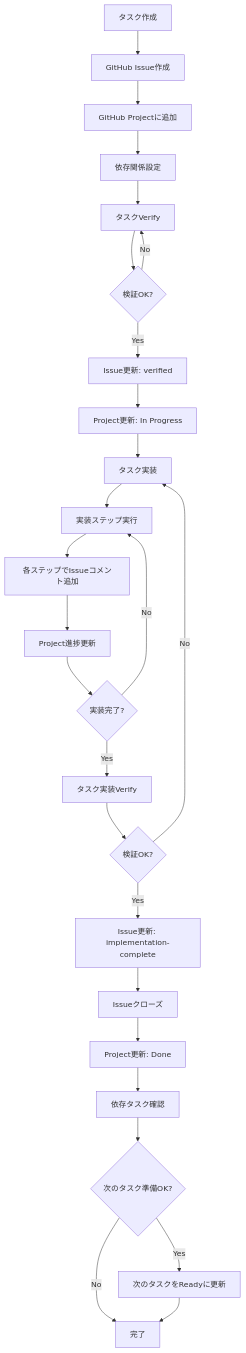
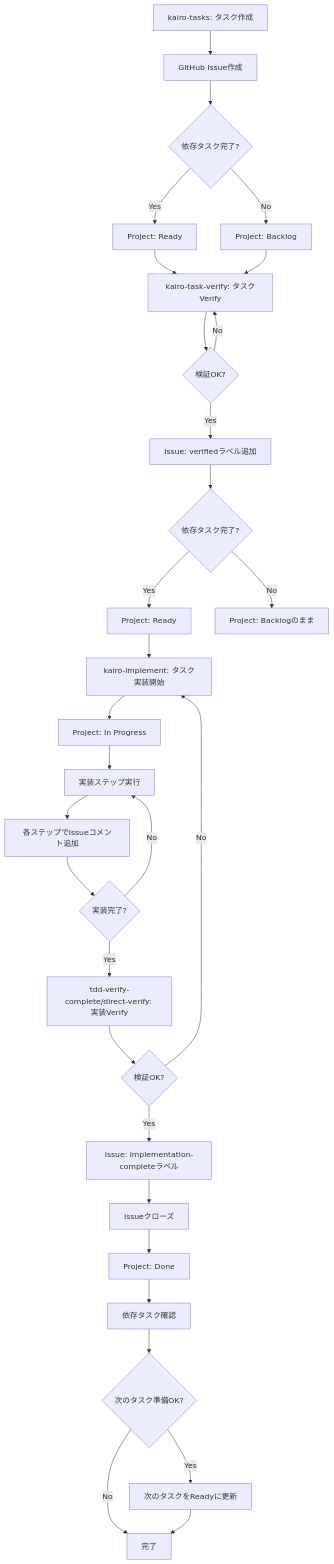
The diagram in docs/rule/github-integration-workflow.md (yaguma/atelier_resource_management), drawn with Mermaid before and after one commit. The commit also changed other lines of this file and 6 other files, not shown here.

First line of the commit message:
feat: GitHub Issue/Project連携をSubAgentに分離

````diff
--- a/docs/rule/github-integration-workflow.md
+++ b/docs/rule/github-integration-workflow.md
@@ -304,31 +442,35 @@
 ```mermaid
 flowchart TD
-    A[タスク作成] --> B[GitHub Issue作成]
-    B --> C[GitHub Projectに追加]
-    C --> D[依存関係設定]
+    A[kairo-tasks: タスク作成] --> B[GitHub Issue作成]
+    B --> C{依存タスク完了?}
+    C -->|Yes| D[Project: Ready]
+    C -->|No| E[Project: Backlog]
+    D --> F[kairo-task-verify: タスクVerify]
+    E --> F
     
-    D --> E[タスクVerify]
-    E --> F{検証OK?}
-    F -->|No| E
-    F -->|Yes| G[Issue更新: verified]
-    G --> H[Project更新: In Progress]
+    F --> G{検証OK?}
+    G -->|No| F
+    G -->|Yes| H[Issue: verifiedラベル追加]
+    H --> I{依存タスク完了?}
+    I -->|Yes| J[Project: Ready]
+    I -->|No| K[Project: Backlogのまま]
     
-    H --> I[タスク実装]
-    I --> J[実装ステップ実行]
-    J --> K[各ステップでIssueコメント追加]
-    K --> L[Project進捗更新]
-    L --> M{実装完了?}
-    M -->|No| J
-    M -->|Yes| N[タスク実装Verify]
+    J --> L[kairo-implement: タスク実装開始]
+    L --> M[Project: In Progress]
+    M --> N[実装ステップ実行]
+    N --> O[各ステップでIssueコメント追加]
+    O --> P{実装完了?}
+    P -->|No| N
+    P -->|Yes| Q[tdd-verify-complete/direct-verify: 実装Verify]
     
-    N --> O{検証OK?}
-    O -->|No| I
-    O -->|Yes| P[Issue更新: implementation-complete]
-    P --> Q[Issueクローズ]
-    Q --> R[Project更新: Done]
-    R --> S[依存タスク確認]
-    S --> T{次のタスク準備OK?}
-    T -->|Yes| U[次のタスクをReadyに更新]
-    T -->|No| V[完了]
-    U --> V
+    Q --> R{検証OK?}
+    R -->|No| L
+    R -->|Yes| S[Issue: implementation-completeラベル]
+    S --> T[Issueクローズ]
+    T --> U[Project: Done]
+    U --> V[依存タスク確認]
+    V --> W{次のタスク準備OK?}
+    W -->|Yes| X[次のタスクをReadyに更新]
+    W -->|No| Y[完了]
+    X --> Y
 ```
````
